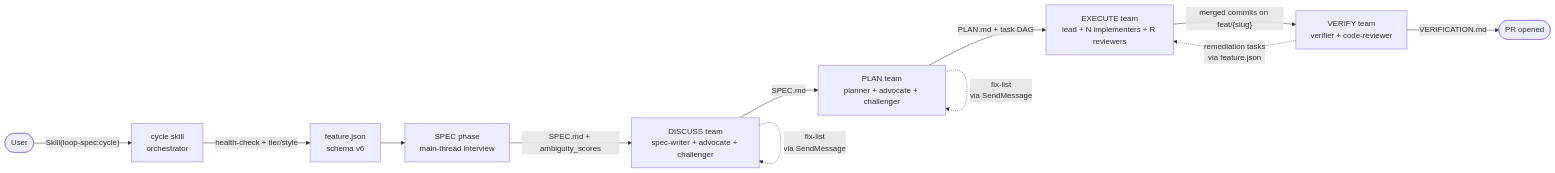
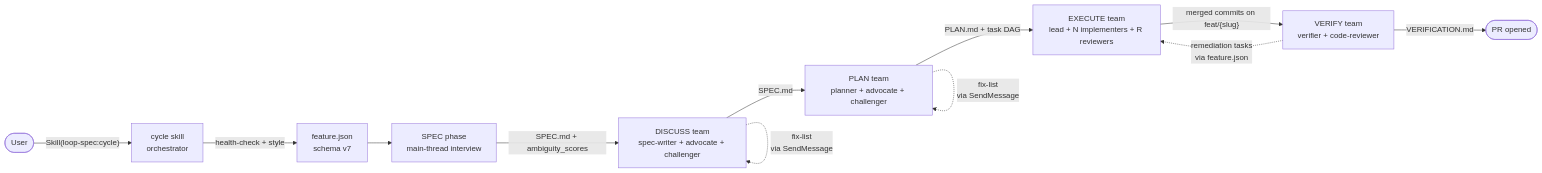
The first of 5 diagrams in README.md (aztechead/loop-spec), drawn with Mermaid before and after one commit. The commit also changed other lines of this file, not shown here.

First line of the commit message:
docs: align README with v2.5.0 single-tier reality

````diff
--- a/README.md
+++ b/README.md
@@ -296,14 +295,14 @@
 ```mermaid
 flowchart LR
     user([User]) -->|"Skill(loop-spec:cycle)"| cycle[cycle skill<br/>orchestrator]
-    cycle -->|"health-check + tier/style"| init[feature.json<br/>schema v6]
+    cycle -->|"health-check + style"| init[feature.json<br/>schema v7]
     init --> spec[SPEC phase<br/>main-thread interview]
     spec -->|SPEC.md + ambiguity_scores| discuss[DISCUSS team<br/>spec-writer + advocate + challenger]
     discuss -->|SPEC.md| plan[PLAN team<br/>planner + advocate + challenger]
     plan -->|PLAN.md + task DAG| execute[EXECUTE team<br/>lead + N implementers + R reviewers]
     execute -->|merged commits on feat/&lcub;slug&rcub;| verify[VERIFY team<br/>verifier + code-reviewer]
     verify -->|VERIFICATION.md| pr([PR opened])
     verify -.->|remediation tasks<br/>via feature.json| execute
     plan -.->|fix-list<br/>via SendMessage| plan
     discuss -.->|fix-list<br/>via SendMessage| discuss
 ```
````
